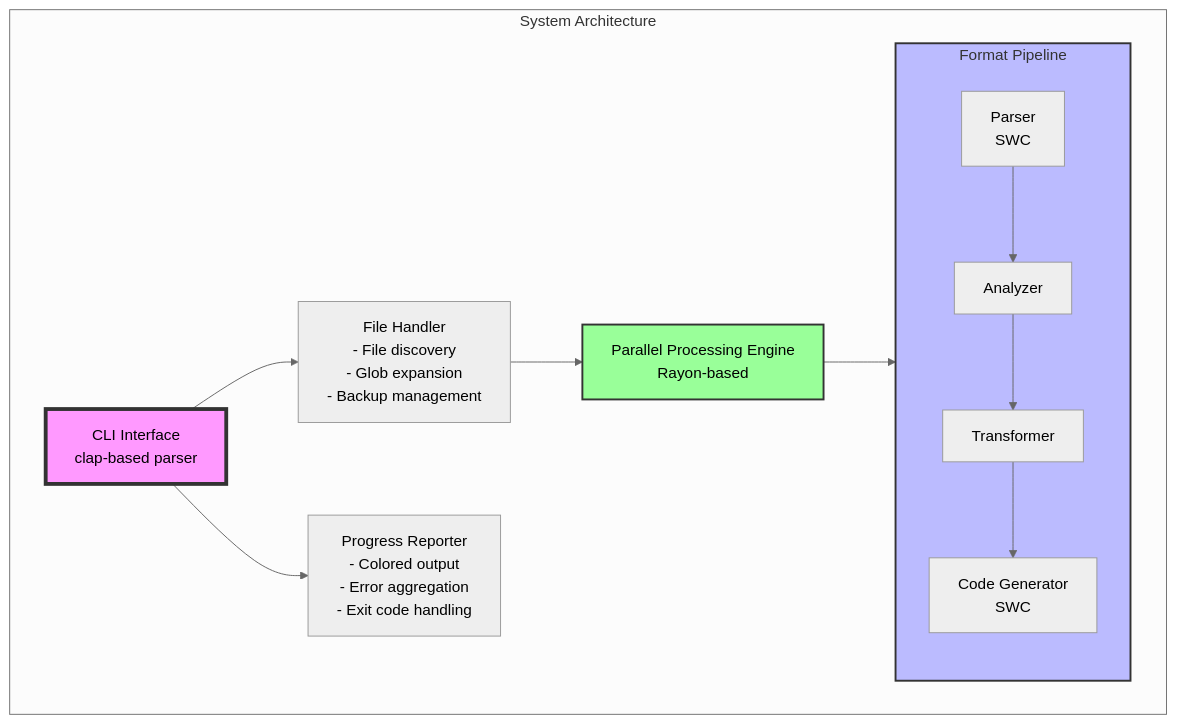
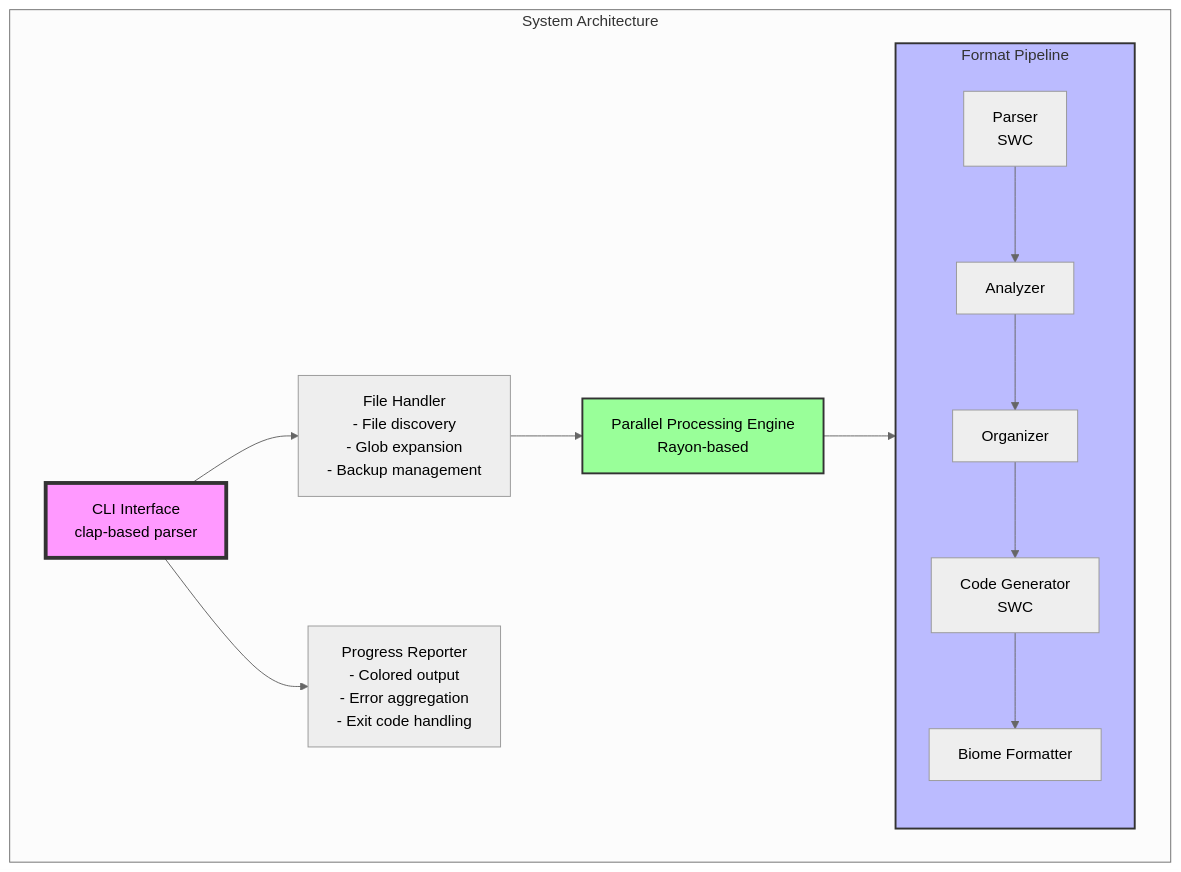
The first of 19 diagrams in docs/design.md (skeswa/krokfmt), drawn with Mermaid (neutral theme) before and after one commit. The commit also changed other lines of this file and 14 other files, not shown here.

````diff
--- a/docs/design.md
+++ b/docs/design.md
@@ -28,25 +28,26 @@
 ```mermaid
 graph TB
     subgraph "System Architecture"
         CLI[CLI Interface<br/>clap-based parser]
         FH[File Handler<br/>- File discovery<br/>- Glob expansion<br/>- Backup management]
         PR[Progress Reporter<br/>- Colored output<br/>- Error aggregation<br/>- Exit code handling]
         PPE[Parallel Processing Engine<br/>Rayon-based]
         
         CLI --> FH
         CLI --> PR
         FH --> PPE
         
         subgraph FP[Format Pipeline]
             P[Parser<br/>SWC] --> A[Analyzer]
-            A --> T[Transformer]
-            T --> CG[Code Generator<br/>SWC]
+            A --> O[Organizer]
+            O --> CG[Code Generator<br/>SWC]
+            CG --> BF[Biome Formatter]
         end
         
         PPE --> FP
     end
     
     style CLI fill:#f9f,stroke:#333,stroke-width:4px
     style FP fill:#bbf,stroke:#333,stroke-width:2px
     style PPE fill:#9f9,stroke:#333,stroke-width:2px
 ```
````
